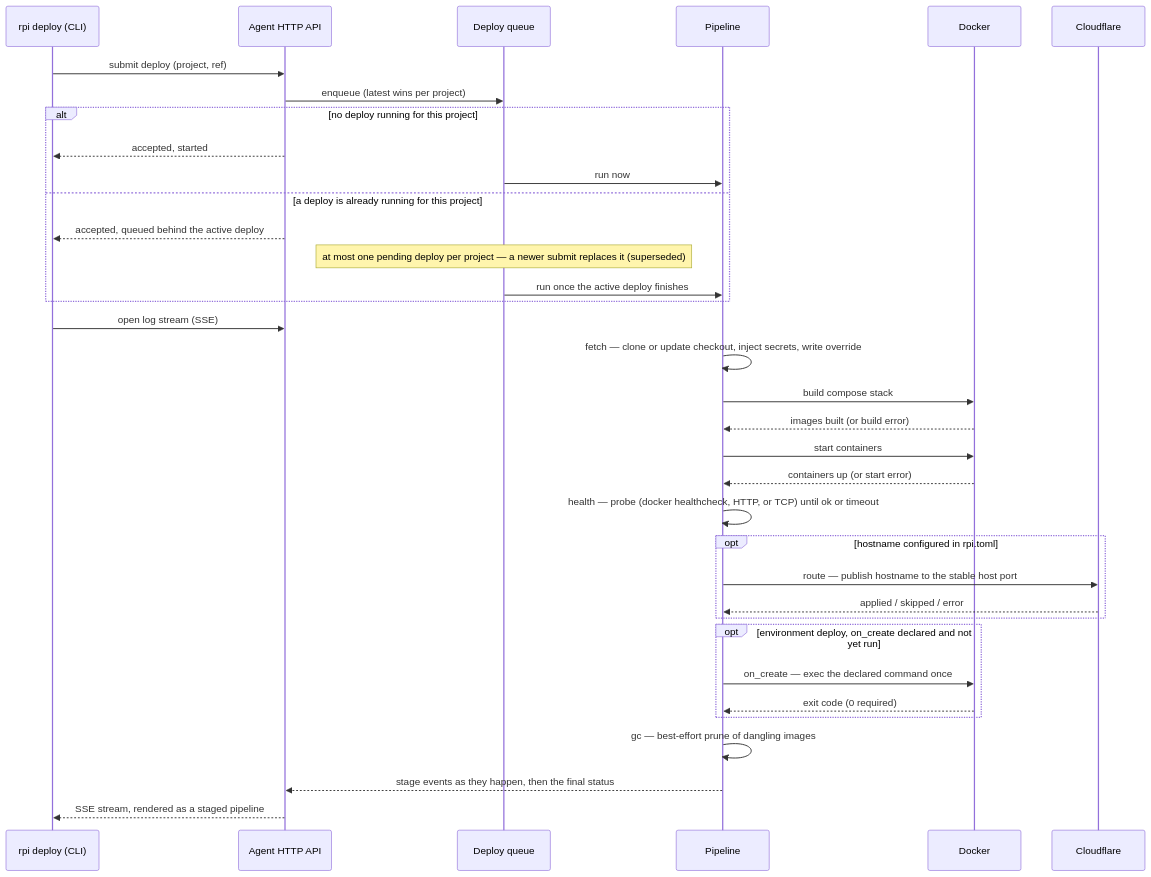
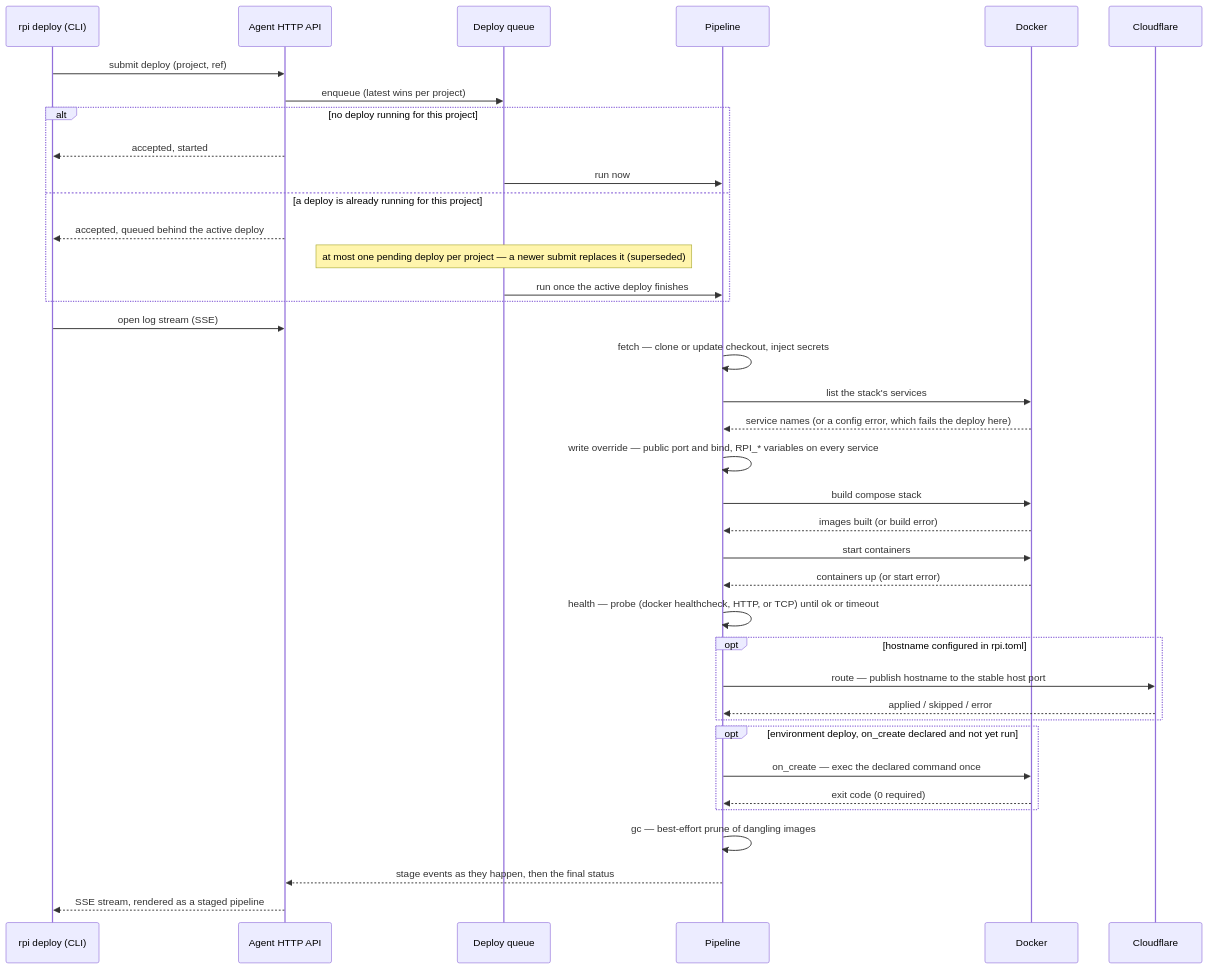
Before and after one commit to khmilevoi/pi-deploy: the first of 2 diagrams in docs/architecture/flows/deploy.md, drawn with Mermaid. The commit also changed other lines of this file and 2 other files, not shown here.

First line of the commit message:
feat(runtime): inject RPI_* into the deploy pipeline

````diff
--- a/docs/architecture/flows/deploy.md
+++ b/docs/architecture/flows/deploy.md
@@ -13,38 +13,41 @@
 ```mermaid
 sequenceDiagram
     participant CLI as rpi deploy (CLI)
     participant API as Agent HTTP API
     participant Q as Deploy queue
     participant P as Pipeline
     participant D as Docker
     participant CF as Cloudflare
 
     CLI->>API: submit deploy (project, ref)
     API->>Q: enqueue (latest wins per project)
     alt no deploy running for this project
         API-->>CLI: accepted, started
         Q->>P: run now
     else a deploy is already running for this project
         API-->>CLI: accepted, queued behind the active deploy
         Note over Q: at most one pending deploy per project — a newer submit replaces it (superseded)
         Q->>P: run once the active deploy finishes
     end
     CLI->>API: open log stream (SSE)
-    P->>P: fetch — clone or update checkout, inject secrets, write override
+    P->>P: fetch — clone or update checkout, inject secrets
+    P->>D: list the stack's services
+    D-->>P: service names (or a config error, which fails the deploy here)
+    P->>P: write override — public port and bind, RPI_* variables on every service
     P->>D: build compose stack
     D-->>P: images built (or build error)
     P->>D: start containers
     D-->>P: containers up (or start error)
     P->>P: health — probe (docker healthcheck, HTTP, or TCP) until ok or timeout
     opt hostname configured in rpi.toml
         P->>CF: route — publish hostname to the stable host port
         CF-->>P: applied / skipped / error
     end
     opt environment deploy, on_create declared and not yet run
         P->>D: on_create — exec the declared command once
         D-->>P: exit code (0 required)
     end
     P->>P: gc — best-effort prune of dangling images
     P-->>API: stage events as they happen, then the final status
     API-->>CLI: SSE stream, rendered as a staged pipeline
 ```
````
